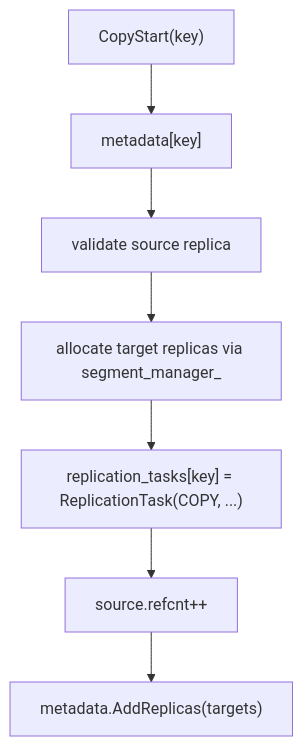
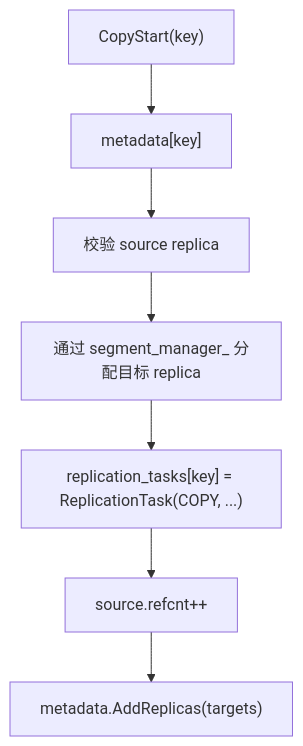
Before and after one commit to bigboywwn/AI_coding: the sixth of 7 diagrams in docs/mooncake-masterservice-structures.md, drawn with Mermaid. The commit also changed other lines of this file and 3 other files, not shown here.

````diff
--- a/docs/mooncake-masterservice-structures.md
+++ b/docs/mooncake-masterservice-structures.md
@@ -273,9 +276,9 @@
 ```mermaid
 flowchart TD
   A["CopyStart(key)"] --> B["metadata[key]"]
-  B --> C["validate source replica"]
-  C --> D["allocate target replicas via segment_manager_"]
+  B --> C["校验 source replica"]
+  C --> D["通过 segment_manager_ 分配目标 replica"]
   D --> E["replication_tasks[key] = ReplicationTask(COPY, ...)"]
   E --> F["source.refcnt++"]
   F --> G["metadata.AddReplicas(targets)"]
 ```
````
